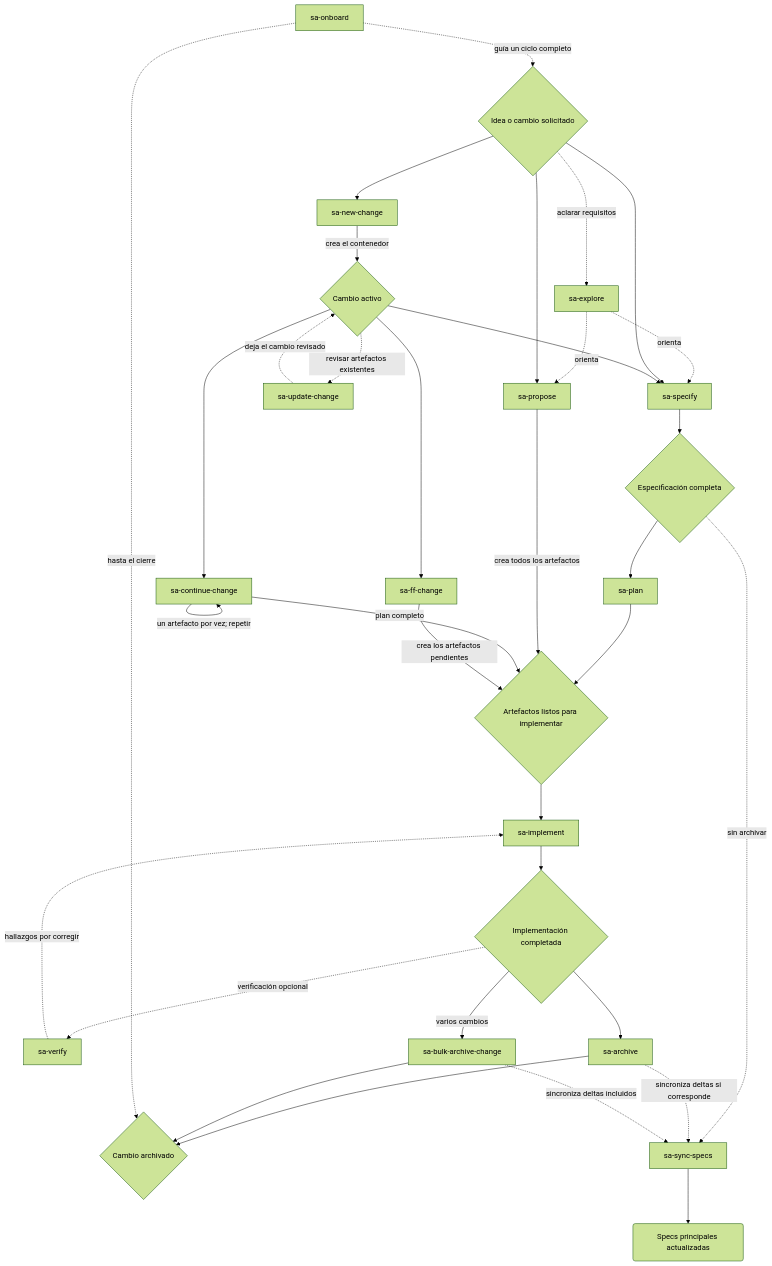
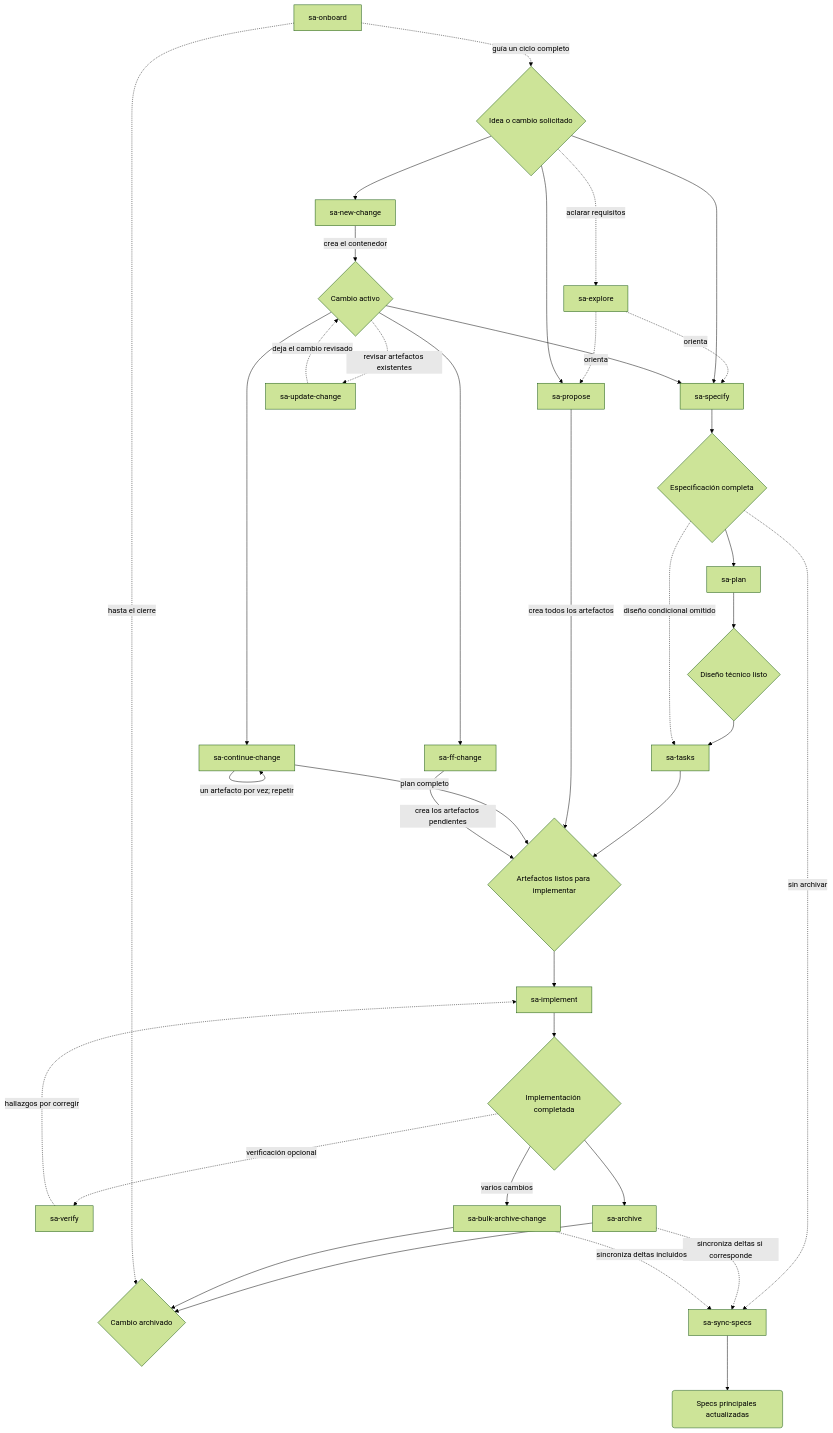
One commit to dariopalminio/specagile changed the diagram in docs/architecture/diagrams/skills-flowchart.mermaid. Above: the diagram before and after it, drawn with Mermaid (forest theme). The commit also changed 48 other files, not shown here.

First line of the commit message:
feat(skills): split sa-plan into sa-plan and sa-tasks (#10)

```diff
--- a/docs/architecture/diagrams/skills-flowchart.mermaid
+++ b/docs/architecture/diagrams/skills-flowchart.mermaid
@@ -1,53 +1,56 @@
 flowchart TD
     IDEA{"Idea o cambio solicitado"}
     CHANGE{"Cambio activo"}
     SPEC{"Especificación completa"}
+    DESIGN{"Diseño técnico listo"}
     READY{"Artefactos listos para implementar"}
     CODE{"Implementación completada"}
     MAIN("Specs principales actualizadas")
     DONE{"Cambio archivado"}
 
     EXP["sa-explore"]
     SPECIFY["sa-specify"]
     PLAN["sa-plan"]
+    TASKS["sa-tasks"]
     PROPOSE["sa-propose"]
     NEW["sa-new-change"]
     CONT["sa-continue-change"]
     FF["sa-ff-change"]
     UPDATE["sa-update-change"]
     IMPLEMENT["sa-implement"]
     VERIFY["sa-verify"]
     SYNC["sa-sync-specs"]
     ARCHIVE["sa-archive"]
     BULK["sa-bulk-archive-change"]
     ONBOARD["sa-onboard"]
 
     IDEA -. "aclarar requisitos" .-> EXP
     EXP -. "orienta" .-> SPECIFY
     EXP -. "orienta" .-> PROPOSE
 
-    IDEA --> SPECIFY --> SPEC --> PLAN --> READY
+    IDEA --> SPECIFY --> SPEC --> PLAN --> DESIGN --> TASKS --> READY
+    SPEC -. "diseño condicional omitido" .-> TASKS
     IDEA --> PROPOSE -->|"crea todos los artefactos"| READY
 
     IDEA --> NEW -->|"crea el contenedor"| CHANGE
     CHANGE --> SPECIFY
     CHANGE --> CONT
     CONT -->|"un artefacto por vez; repetir"| CONT
     CONT -->|"plan completo"| READY
     CHANGE --> FF -->|"crea los artefactos pendientes"| READY
 
     CHANGE -. "revisar artefactos existentes" .-> UPDATE
     UPDATE -. "deja el cambio revisado" .-> CHANGE
 
     READY --> IMPLEMENT --> CODE
     CODE -. "verificación opcional" .-> VERIFY
     VERIFY -. "hallazgos por corregir" .-> IMPLEMENT
 
     SPEC -. "sin archivar" .-> SYNC --> MAIN
     CODE --> ARCHIVE --> DONE
     CODE -->|"varios cambios"| BULK --> DONE
     ARCHIVE -. "sincroniza deltas si corresponde" .-> SYNC
     BULK -. "sincroniza deltas incluidos" .-> SYNC
 
     ONBOARD -. "guía un ciclo completo" .-> IDEA
     ONBOARD -. "hasta el cierre" .-> DONE
```
